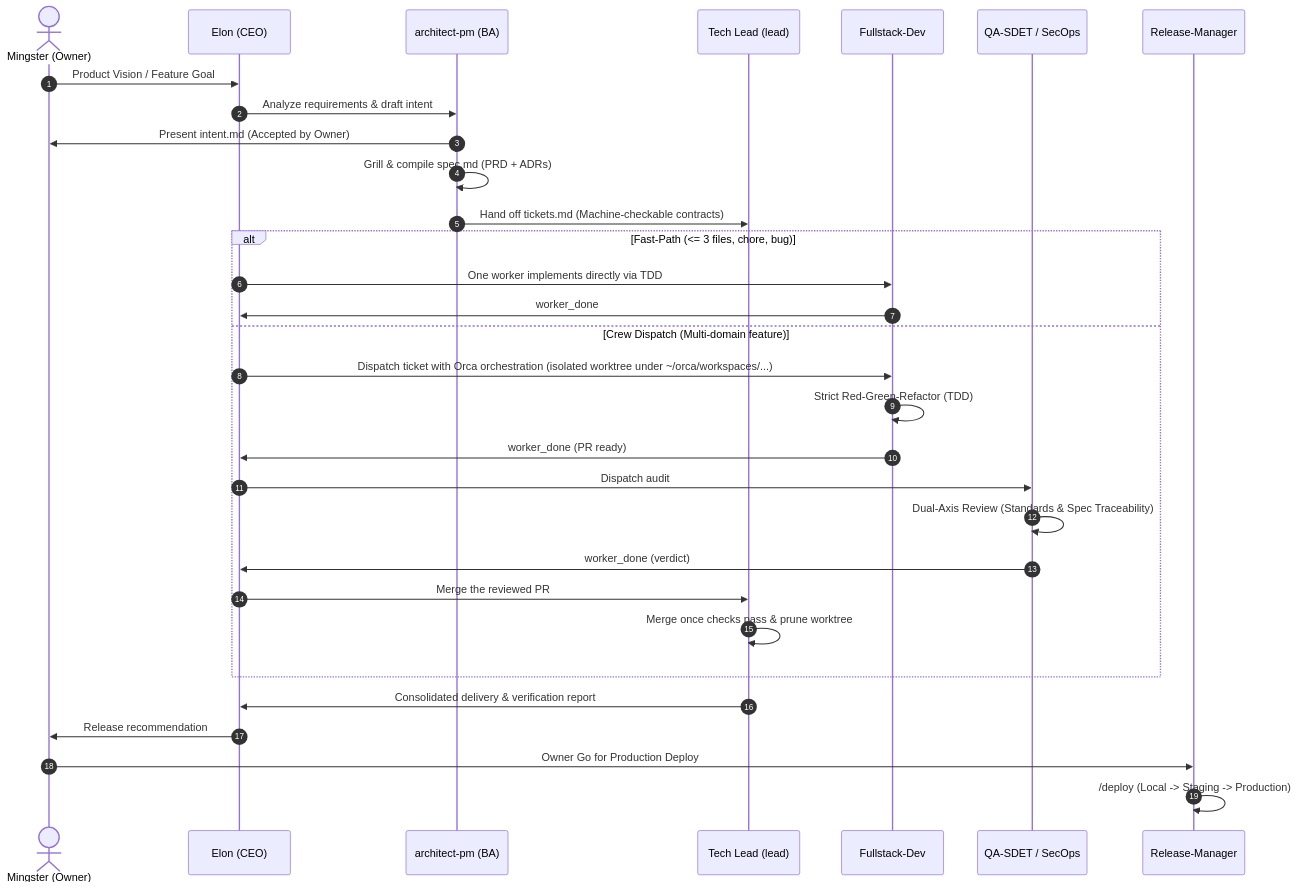
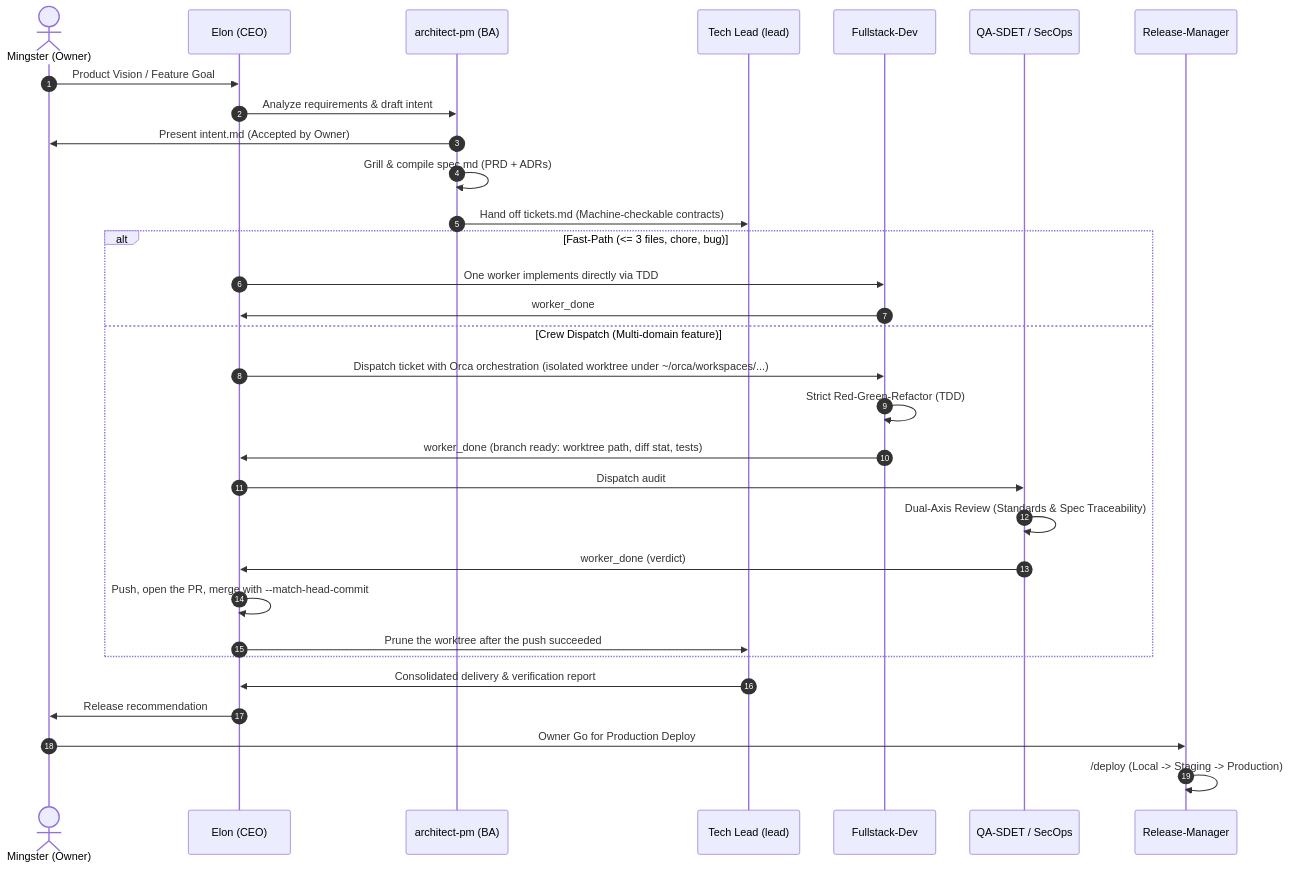
Before and after one commit to mingster/dotfiles: the second of 2 diagrams in docs/agents/agent-team-architecture.md, drawn with Mermaid. The commit also changed other lines of this file and 7 other files, not shown here.

Commit message:
docs: worker commit, push and merge rule in the team files

````diff
--- a/docs/agents/agent-team-architecture.md
+++ b/docs/agents/agent-team-architecture.md
@@ -87,36 +87,36 @@
 ```mermaid
 sequenceDiagram
     autonumber
     actor Owner as Mingster (Owner)
     participant CEO as Elon (CEO)
     participant BA as architect-pm (BA)
     participant TL as Tech Lead (lead)
     participant Dev as Fullstack-Dev
     participant QA as QA-SDET / SecOps
     participant RM as Release-Manager
 
     Owner->>CEO: Product Vision / Feature Goal
     CEO->>BA: Analyze requirements & draft intent
     BA->>Owner: Present intent.md (Accepted by Owner)
     BA->>BA: Grill & compile spec.md (PRD + ADRs)
     BA->>TL: Hand off tickets.md (Machine-checkable contracts)
     
     alt Fast-Path (<= 3 files, chore, bug)
         CEO->>Dev: One worker implements directly via TDD
         Dev->>CEO: worker_done
     else Crew Dispatch (Multi-domain feature)
         CEO->>Dev: Dispatch ticket with Orca orchestration (isolated worktree under ~/orca/workspaces/...)
         Dev->>Dev: Strict Red-Green-Refactor (TDD)
-        Dev->>CEO: worker_done (PR ready)
+        Dev->>CEO: worker_done (branch ready: worktree path, diff stat, tests)
         CEO->>QA: Dispatch audit
         QA->>QA: Dual-Axis Review (Standards & Spec Traceability)
         QA->>CEO: worker_done (verdict)
-        CEO->>TL: Merge the reviewed PR
-        TL->>TL: Merge once checks pass & prune worktree
+        CEO->>CEO: Push, open the PR, merge with --match-head-commit
+        CEO->>TL: Prune the worktree after the push succeeded
     end
 
     TL->>CEO: Consolidated delivery & verification report
     CEO->>Owner: Release recommendation
     Owner->>RM: Owner Go for Production Deploy
     RM->>RM: /deploy (Local -> Staging -> Production)
 ```
````
